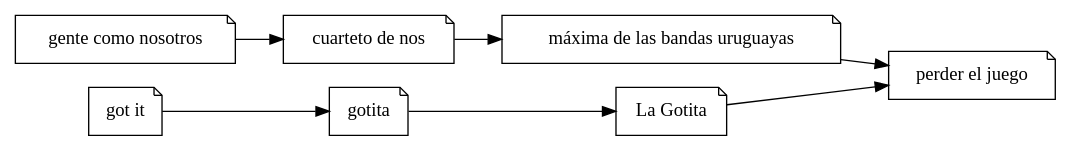
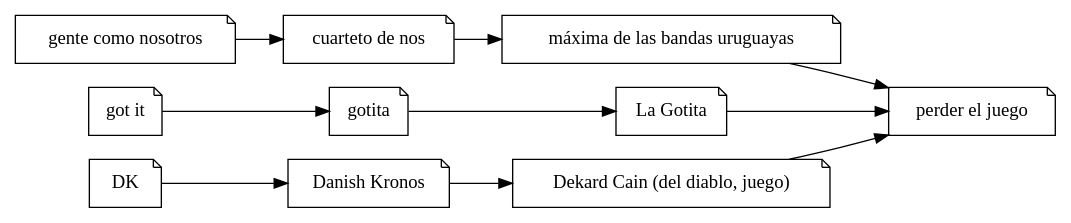
The diagram in rob/ilostthegame.dot (ramiror/ilostthegame), drawn with Graphviz before and after one commit. The commit also changed 1 other file, not shown here.

```diff
--- a/rob/ilostthegame.dot
+++ b/rob/ilostthegame.dot
@@ -1,16 +1,17 @@
 digraph
 {
     rankdir="LR"
     node [shape="note"]
 
     pej [label="perder el juego"]
     nos [label="gente como nosotros"]
     cdn [label="cuarteto de nos"]
     uru [label="máxima de las bandas uruguayas"]
     gotit [label="got it"]
     gotita [label="gotita"]
     lagotita [label="La Gotita"]
 
     nos -> cdn -> uru           -> pej
     gotit -> gotita -> lagotita -> pej
+    "DK" -> "Danish Kronos" -> "Dekard Cain (del diablo, juego)" -> pej
 }
```
